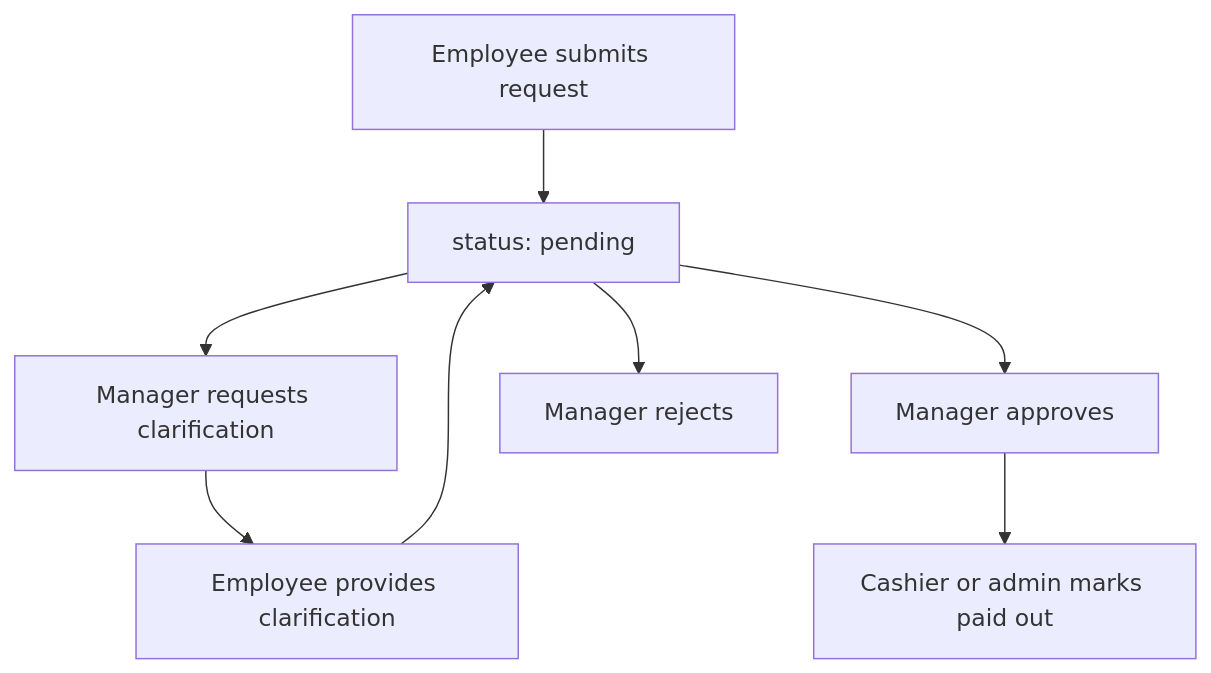
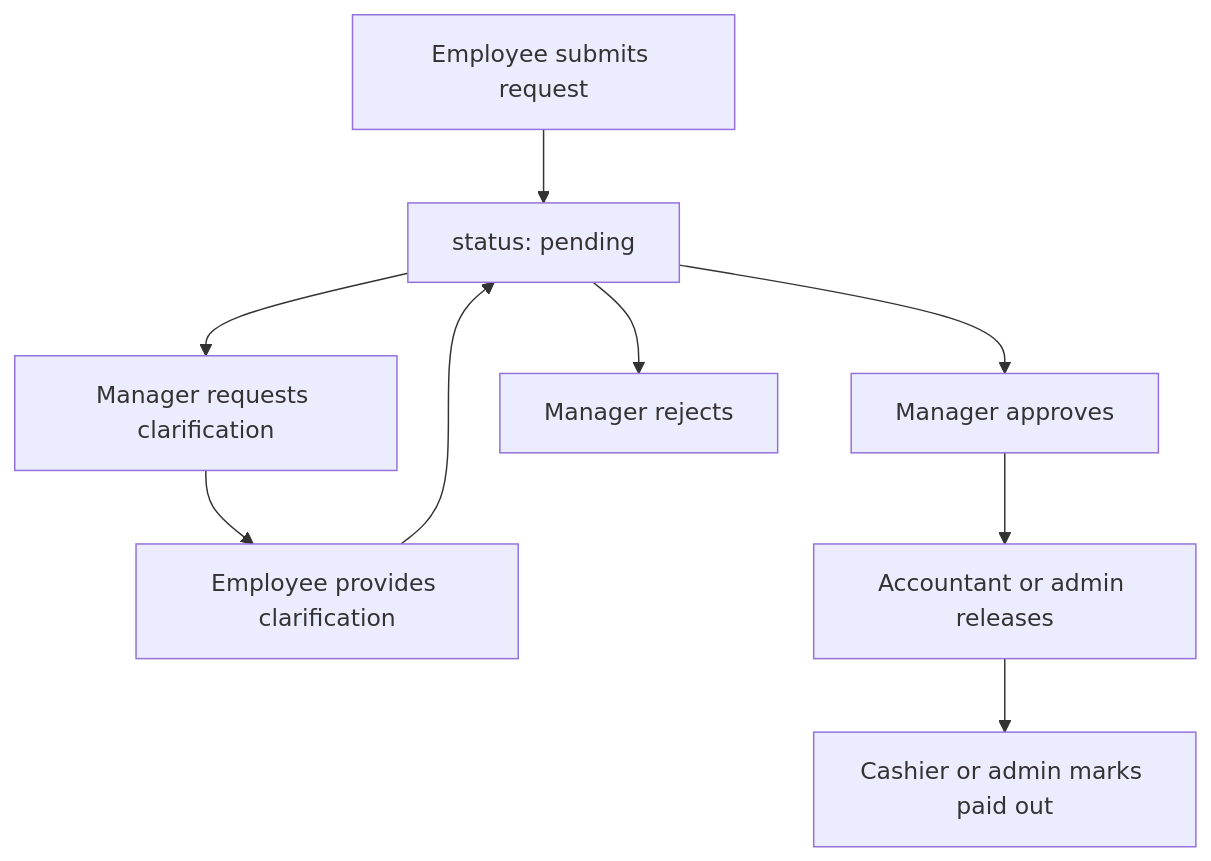
The second of 3 diagrams in docs/HND-DEFENSE-TECHNICAL-DOCUMENTATION.md (Diamondhanson/petitcashbook), drawn with Mermaid before and after one commit. The commit also changed other lines of this file and 26 other files, not shown here.

````diff
--- a/docs/HND-DEFENSE-TECHNICAL-DOCUMENTATION.md
+++ b/docs/HND-DEFENSE-TECHNICAL-DOCUMENTATION.md
@@ -137,17 +138,19 @@
 ```mermaid
 flowchart TD
   Create[Employee submits request]
   Pending[status: pending]
   ClarReq[Manager requests clarification]
   ClarResp[Employee provides clarification]
   Approve[Manager approves]
   Reject[Manager rejects]
+  Release[Accountant or admin releases]
   PaidOut[Cashier or admin marks paid out]
   Create --> Pending
   Pending --> ClarReq
   ClarReq --> ClarResp
   ClarResp --> Pending
   Pending --> Approve
   Pending --> Reject
-  Approve --> PaidOut
+  Approve --> Release
+  Release --> PaidOut
 ```
````
